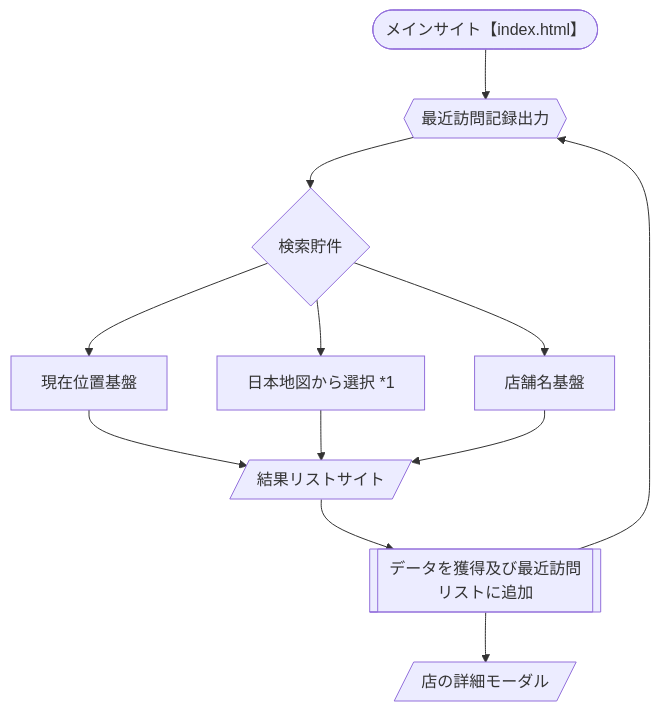
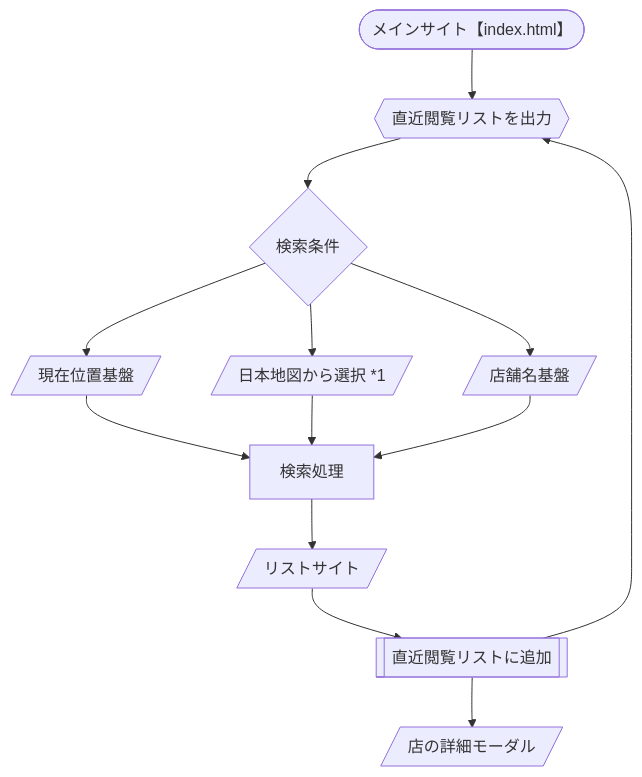
The diagram in README.md (hideyoshi515/RestaurantSearcher), drawn with Mermaid before and after one commit. The commit also changed other lines of this file, not shown here.

````diff
--- a/README.md
+++ b/README.md
@@ -1,16 +8,18 @@
 ```mermaid
 flowchart TD;
     A([メインサイト【index.html】])
-    B[現在位置基盤]
-    C[日本地図から選択 *1]
-    D[/結果リストサイト/]
+    B[/現在位置基盤/]
+    C[/日本地図から選択 *1/]
+    D[検索処理]
     E[/店の詳細モーダル/]
-    F[[データを獲得及び最近訪問リストに追加]]
-    H[店舗名基盤]
-    A-->id1{{最近訪問記録出力}}
-    id1-->id{検索貯件}
+    F[[直近閲覧リストに追加]]
+    H[/店舗名基盤/]
+    G[/リストサイト/]
+    A-->id1{{直近閲覧リストを出力}}
+    id1-->id{検索条件}
     id-->B & C & H
     B & C & H-->D
-    D-->F
-    F-->id1 & E
+    D-->G
+    G-->F
+    F-->E & id1
 ```
````
